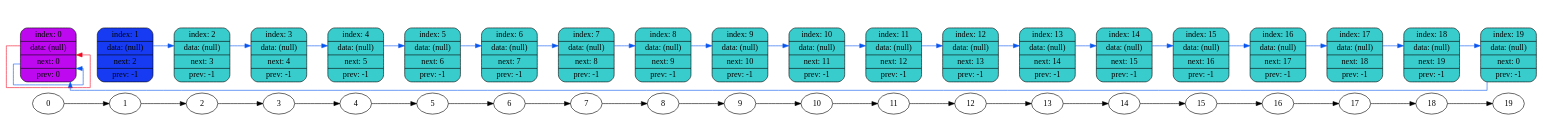
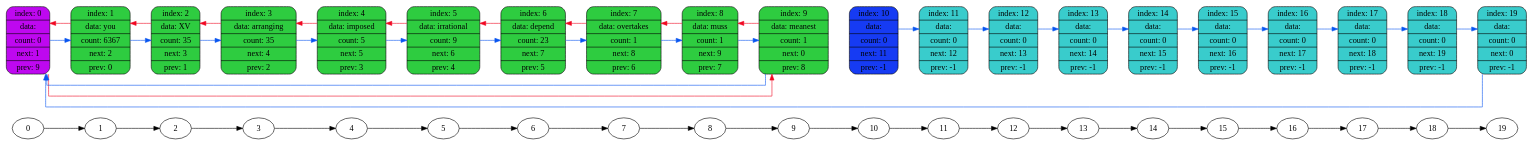
One commit to coffee8cat/Hash-table changed the diagram in data/dump1.dot. Above: the diagram before and after it, drawn with Graphviz. The commit also changed 17 other files, not shown here.

```diff
--- a/data/dump1.dot
+++ b/data/dump1.dot
@@ -1,91 +1,100 @@
 digraph
 {
     graph[splines = ortho]
     rankdir=LR
 
     "0" -> "1" -> "2" -> "3" -> "4" -> "5" -> "6" -> "7" -> "8" -> "9" -> "10" -> "11" -> "12" -> "13" -> "14" -> "15" -> "16" -> "17" -> "18" -> "19";
 
-    node1[shape=record,style="rounded,filled",fillcolor="#163bf3",label="index: 1 | data: (null) | next: 2 | prev: -1"];
-    node2[shape=record,style="rounded,filled",fillcolor="#39CCCC",label="index: 2 | data: (null) | next: 3 | prev: -1"];
-    node3[shape=record,style="rounded,filled",fillcolor="#39CCCC",label="index: 3 | data: (null) | next: 4 | prev: -1"];
-    node4[shape=record,style="rounded,filled",fillcolor="#39CCCC",label="index: 4 | data: (null) | next: 5 | prev: -1"];
-    node5[shape=record,style="rounded,filled",fillcolor="#39CCCC",label="index: 5 | data: (null) | next: 6 | prev: -1"];
-    node6[shape=record,style="rounded,filled",fillcolor="#39CCCC",label="index: 6 | data: (null) | next: 7 | prev: -1"];
-    node7[shape=record,style="rounded,filled",fillcolor="#39CCCC",label="index: 7 | data: (null) | next: 8 | prev: -1"];
-    node8[shape=record,style="rounded,filled",fillcolor="#39CCCC",label="index: 8 | data: (null) | next: 9 | prev: -1"];
-    node9[shape=record,style="rounded,filled",fillcolor="#39CCCC",label="index: 9 | data: (null) | next: 10 | prev: -1"];
-    node10[shape=record,style="rounded,filled",fillcolor="#39CCCC",label="index: 10 | data: (null) | next: 11 | prev: -1"];
-    node11[shape=record,style="rounded,filled",fillcolor="#39CCCC",label="index: 11 | data: (null) | next: 12 | prev: -1"];
-    node12[shape=record,style="rounded,filled",fillcolor="#39CCCC",label="index: 12 | data: (null) | next: 13 | prev: -1"];
-    node13[shape=record,style="rounded,filled",fillcolor="#39CCCC",label="index: 13 | data: (null) | next: 14 | prev: -1"];
-    node14[shape=record,style="rounded,filled",fillcolor="#39CCCC",label="index: 14 | data: (null) | next: 15 | prev: -1"];
-    node15[shape=record,style="rounded,filled",fillcolor="#39CCCC",label="index: 15 | data: (null) | next: 16 | prev: -1"];
-    node16[shape=record,style="rounded,filled",fillcolor="#39CCCC",label="index: 16 | data: (null) | next: 17 | prev: -1"];
-    node17[shape=record,style="rounded,filled",fillcolor="#39CCCC",label="index: 17 | data: (null) | next: 18 | prev: -1"];
-    node18[shape=record,style="rounded,filled",fillcolor="#39CCCC",label="index: 18 | data: (null) | next: 19 | prev: -1"];
-    node19[shape=record,style="rounded,filled",fillcolor="#39CCCC",label="index: 19 | data: (null) | next: 0 | prev: -1"];
-    node0[shape=record,style="rounded,filled",fillcolor="#BE08F0",label="index: 0 | data: (null) | next: 0 | prev: 0"];
+    node10[shape=record,style="rounded,filled",fillcolor="#163bf3",label="index: 10 | data:  | count: 0 | next: 11 | prev: -1"];
+    node11[shape=record,style="rounded,filled",fillcolor="#39CCCC",label="index: 11 | data:  | count: 0 | next: 12 | prev: -1"];
+    node12[shape=record,style="rounded,filled",fillcolor="#39CCCC",label="index: 12 | data:  | count: 0 | next: 13 | prev: -1"];
+    node13[shape=record,style="rounded,filled",fillcolor="#39CCCC",label="index: 13 | data:  | count: 0 | next: 14 | prev: -1"];
+    node14[shape=record,style="rounded,filled",fillcolor="#39CCCC",label="index: 14 | data:  | count: 0 | next: 15 | prev: -1"];
+    node15[shape=record,style="rounded,filled",fillcolor="#39CCCC",label="index: 15 | data:  | count: 0 | next: 16 | prev: -1"];
+    node16[shape=record,style="rounded,filled",fillcolor="#39CCCC",label="index: 16 | data:  | count: 0 | next: 17 | prev: -1"];
+    node17[shape=record,style="rounded,filled",fillcolor="#39CCCC",label="index: 17 | data:  | count: 0 | next: 18 | prev: -1"];
+    node18[shape=record,style="rounded,filled",fillcolor="#39CCCC",label="index: 18 | data:  | count: 0 | next: 19 | prev: -1"];
+    node19[shape=record,style="rounded,filled",fillcolor="#39CCCC",label="index: 19 | data:  | count: 0 | next: 0 | prev: -1"];
+    node0[shape=record,style="rounded,filled",fillcolor="#BE08F0",label="index: 0 | data:  | count: 0 | next: 1 | prev: 9"];
+    node1[shape=record,style="rounded,filled",fillcolor="#2ECC40",label="index: 1 | data: you | count: 6367 | next: 2 | prev: 0"];
+    node2[shape=record,style="rounded,filled",fillcolor="#2ECC40",label="index: 2 | data: XV | count: 35 | next: 3 | prev: 1"];
+    node3[shape=record,style="rounded,filled",fillcolor="#2ECC40",label="index: 3 | data: arranging | count: 35 | next: 4 | prev: 2"];
+    node4[shape=record,style="rounded,filled",fillcolor="#2ECC40",label="index: 4 | data: imposed | count: 5 | next: 5 | prev: 3"];
+    node5[shape=record,style="rounded,filled",fillcolor="#2ECC40",label="index: 5 | data: irrational | count: 9 | next: 6 | prev: 4"];
+    node6[shape=record,style="rounded,filled",fillcolor="#2ECC40",label="index: 6 | data: depend | count: 23 | next: 7 | prev: 5"];
+    node7[shape=record,style="rounded,filled",fillcolor="#2ECC40",label="index: 7 | data: overtakes | count: 1 | next: 8 | prev: 6"];
+    node8[shape=record,style="rounded,filled",fillcolor="#2ECC40",label="index: 8 | data: muss | count: 1 | next: 9 | prev: 7"];
+    node9[shape=record,style="rounded,filled",fillcolor="#2ECC40",label="index: 9 | data: meanest | count: 1 | next: 0 | prev: 8"];
 
     node0 -> node1[color="none"]
     {rank = same; "0"; node0}
     node1 -> node2[color="none"]
     {rank = same; "1"; node1}
     node2 -> node3[color="none"]
     {rank = same; "2"; node2}
     node3 -> node4[color="none"]
     {rank = same; "3"; node3}
     node4 -> node5[color="none"]
     {rank = same; "4"; node4}
     node5 -> node6[color="none"]
     {rank = same; "5"; node5}
     node6 -> node7[color="none"]
     {rank = same; "6"; node6}
     node7 -> node8[color="none"]
     {rank = same; "7"; node7}
     node8 -> node9[color="none"]
     {rank = same; "8"; node8}
     node9 -> node10[color="none"]
     {rank = same; "9"; node9}
     node10 -> node11[color="none"]
     {rank = same; "10"; node10}
     node11 -> node12[color="none"]
     {rank = same; "11"; node11}
     node12 -> node13[color="none"]
     {rank = same; "12"; node12}
     node13 -> node14[color="none"]
     {rank = same; "13"; node13}
     node14 -> node15[color="none"]
     {rank = same; "14"; node14}
     node15 -> node16[color="none"]
     {rank = same; "15"; node15}
     node16 -> node17[color="none"]
     {rank = same; "16"; node16}
     node17 -> node18[color="none"]
     {rank = same; "17"; node17}
     node18 -> node19[color="none"]
     {rank = same; "18"; node18}
     {rank = same; "19"; node19}
 
-    node0 -> node0[color="#0855F0",constraint=false]
+    node0 -> node1[color="#0855F0",constraint=false]
+    node1 -> node0[color="#F00822",constraint=false]
+    node1 -> node2[color="#0855F0",constraint=false]
+    node2 -> node1[color="#F00822",constraint=false]
+    node2 -> node3[color="#0855F0",constraint=false]
+    node3 -> node2[color="#F00822",constraint=false]
+    node3 -> node4[color="#0855F0",constraint=false]
+    node4 -> node3[color="#F00822",constraint=false]
+    node4 -> node5[color="#0855F0",constraint=false]
+    node5 -> node4[color="#F00822",constraint=false]
+    node5 -> node6[color="#0855F0",constraint=false]
+    node6 -> node5[color="#F00822",constraint=false]
+    node6 -> node7[color="#0855F0",constraint=false]
+    node7 -> node6[color="#F00822",constraint=false]
+    node7 -> node8[color="#0855F0",constraint=false]
+    node8 -> node7[color="#F00822",constraint=false]
+    node8 -> node9[color="#0855F0",constraint=false]
+    node9 -> node8[color="#F00822",constraint=false]
+    node9 -> node0[color="#0855F0",constraint=false]
 
-    node0 -> node0[color="#F00822",constraint=false]
-    node1 -> node2[color="#0855F0",constraint=false]
-    node2 -> node3[color="#0855F0",constraint=false]
-    node3 -> node4[color="#0855F0",constraint=false]
-    node4 -> node5[color="#0855F0",constraint=false]
-    node5 -> node6[color="#0855F0",constraint=false]
-    node6 -> node7[color="#0855F0",constraint=false]
-    node7 -> node8[color="#0855F0",constraint=false]
-    node8 -> node9[color="#0855F0",constraint=false]
-    node9 -> node10[color="#0855F0",constraint=false]
+    node0 -> node9[color="#F00822",constraint=false]
     node10 -> node11[color="#0855F0",constraint=false]
     node11 -> node12[color="#0855F0",constraint=false]
     node12 -> node13[color="#0855F0",constraint=false]
     node13 -> node14[color="#0855F0",constraint=false]
     node14 -> node15[color="#0855F0",constraint=false]
     node15 -> node16[color="#0855F0",constraint=false]
     node16 -> node17[color="#0855F0",constraint=false]
     node17 -> node18[color="#0855F0",constraint=false]
     node18 -> node19[color="#0855F0",constraint=false]
     node19 -> node0[color="#0855F0",constraint=false]
 }
```
